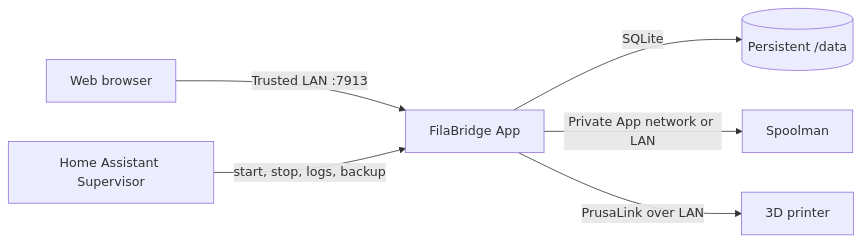
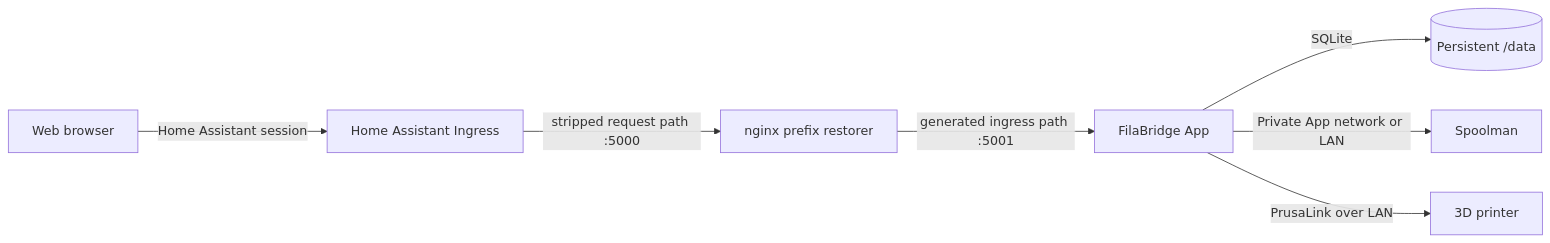
Before and after one commit to nebhale/ha-filabridge: the diagram in README.md, drawn with Mermaid. The commit also changed other lines of this file and 8 other files, not shown here.

First line of the commit message:
Add native FilaBridge ingress

````diff
--- a/README.md
+++ b/README.md
@@ -24,8 +26,9 @@
 ```mermaid
 flowchart LR
-    Browser[Web browser] -->|Trusted LAN :7913| FilaBridge
-    Supervisor[Home Assistant Supervisor] -->|start, stop, logs, backup| FilaBridge[FilaBridge App]
+    Browser[Web browser] -->|Home Assistant session| Supervisor[Home Assistant Ingress]
+    Supervisor -->|stripped request path :5000| Nginx[nginx prefix restorer]
+    Nginx -->|generated ingress path :5001| FilaBridge[FilaBridge App]
     FilaBridge -->|SQLite| Data[(Persistent /data)]
     FilaBridge -->|Private App network or LAN| Spoolman[Spoolman]
     FilaBridge -->|PrusaLink over LAN| Printer[3D printer]
 ```
````
